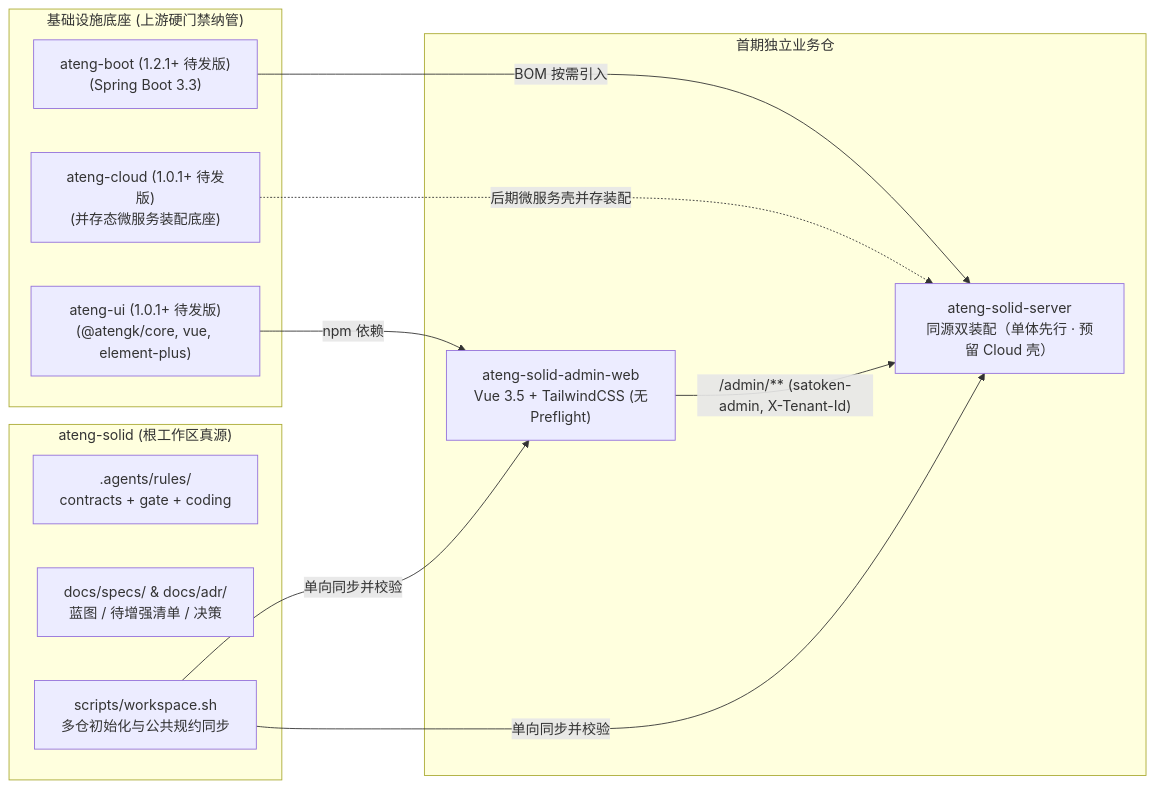
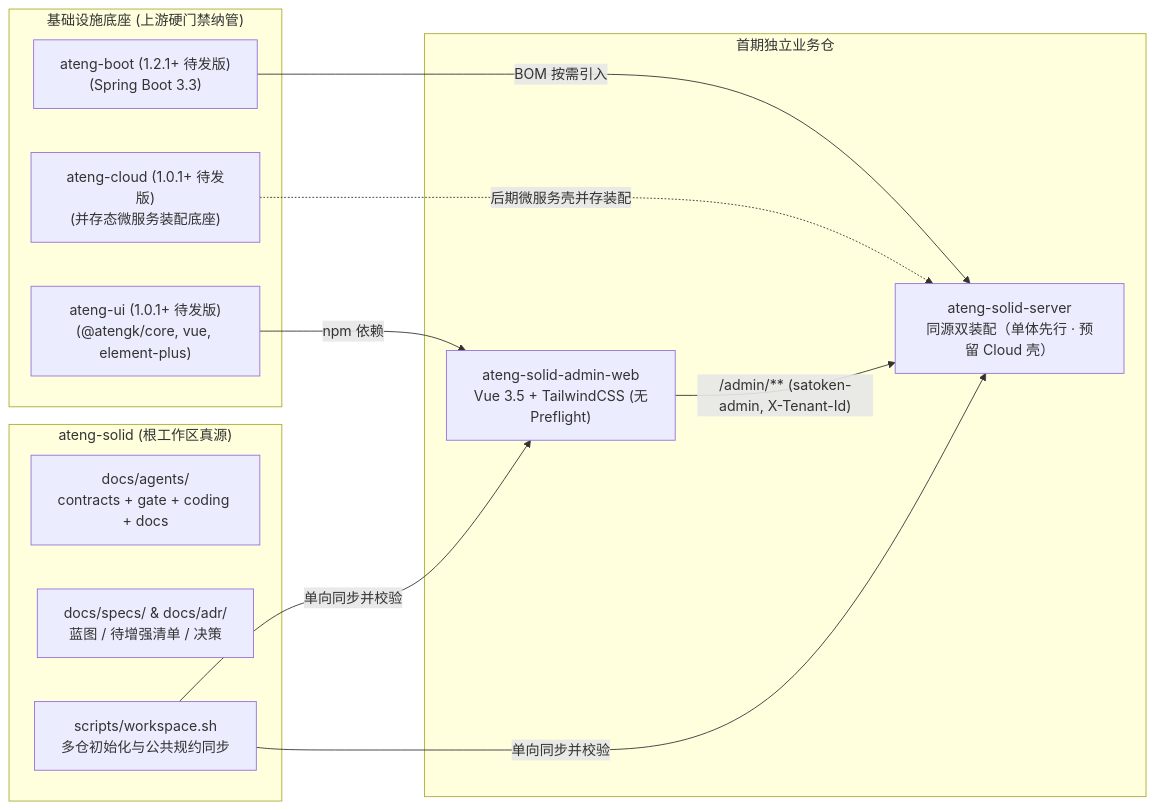
The diagram in CONTEXT-MAP.md (atengk/ateng-solid), drawn with Mermaid before and after one commit. The commit also changed other lines of this file and 30 other files, not shown here.

First line of the commit message:
refactor(rules): 精简工作区常驻规则并迁至 docs/agents 渐进披露

````diff
--- a/CONTEXT-MAP.md
+++ b/CONTEXT-MAP.md
@@ -22,26 +22,26 @@
 ```mermaid
 flowchart LR
     subgraph Root["ateng-solid (根工作区真源)"]
-        CONTRACTS[".agents/rules/<br/>contracts + gate + coding"]
+        CONTRACTS["docs/agents/<br/>contracts + gate + coding + docs"]
         SPECS["docs/specs/ & docs/adr/<br/>蓝图 / 待增强清单 / 决策"]
         SCRIPT["scripts/workspace.sh<br/>多仓初始化与公共规约同步"]
     end
 
     subgraph Foundation["基础设施底座 (上游硬门禁纳管)"]
         BOOT["ateng-boot (1.2.1+ 待发版)<br/>(Spring Boot 3.3)"]
         CLOUD["ateng-cloud (1.0.1+ 待发版)<br/>(并存态微服务装配底座)"]
         UI["ateng-ui (1.0.1+ 待发版)<br/>(@atengk/core, vue, element-plus)"]
     end
 
     subgraph Repos["首期独立业务仓"]
         SERVER["ateng-solid-server<br/>同源双装配（单体先行 · 预留 Cloud 壳）"]
         ADMIN["ateng-solid-admin-web<br/>Vue 3.5 + TailwindCSS (无Preflight)"]
     end
 
     SCRIPT -->|单向同步并校验| SERVER
     SCRIPT -->|单向同步并校验| ADMIN
     BOOT -->|BOM 按需引入| SERVER
     CLOUD -.->|后期微服务壳并存装配| SERVER
     UI -->|npm 依赖| ADMIN
     ADMIN -->|"/admin/** (satoken-admin, X-Tenant-Id)"| SERVER
 ```
````
